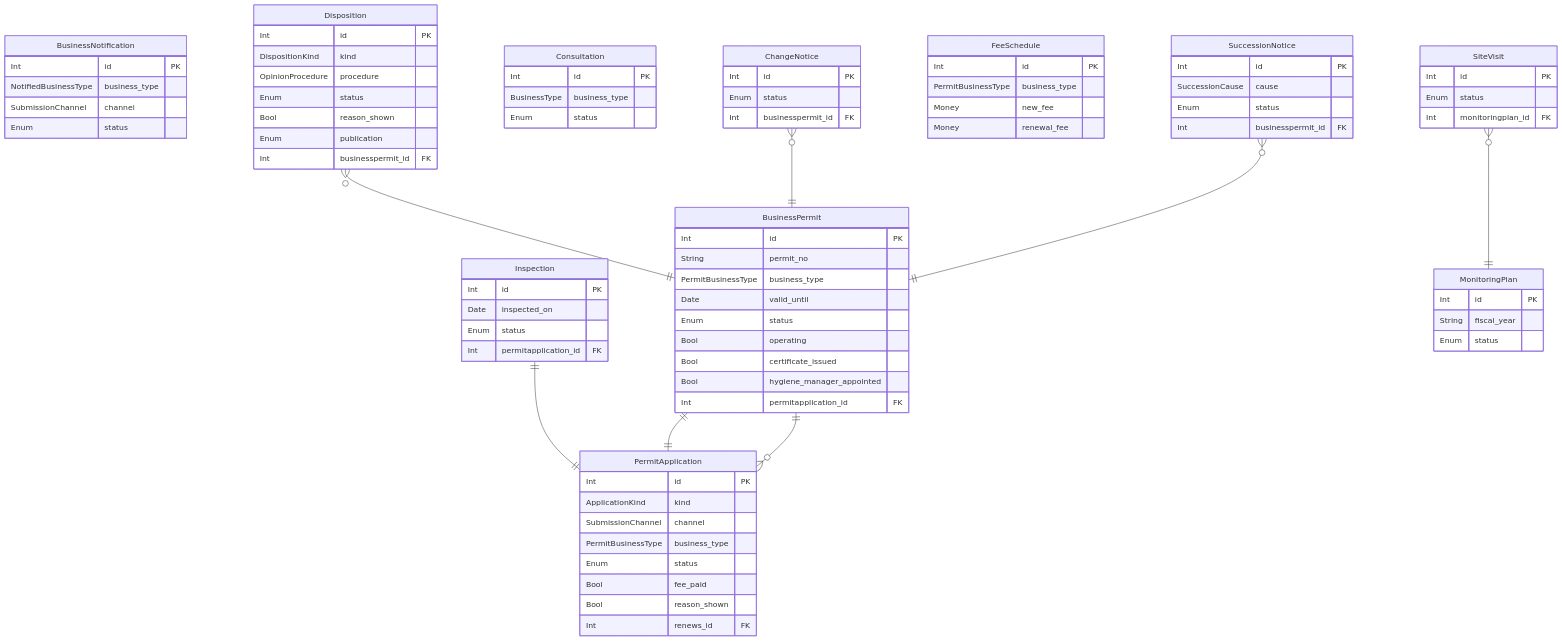
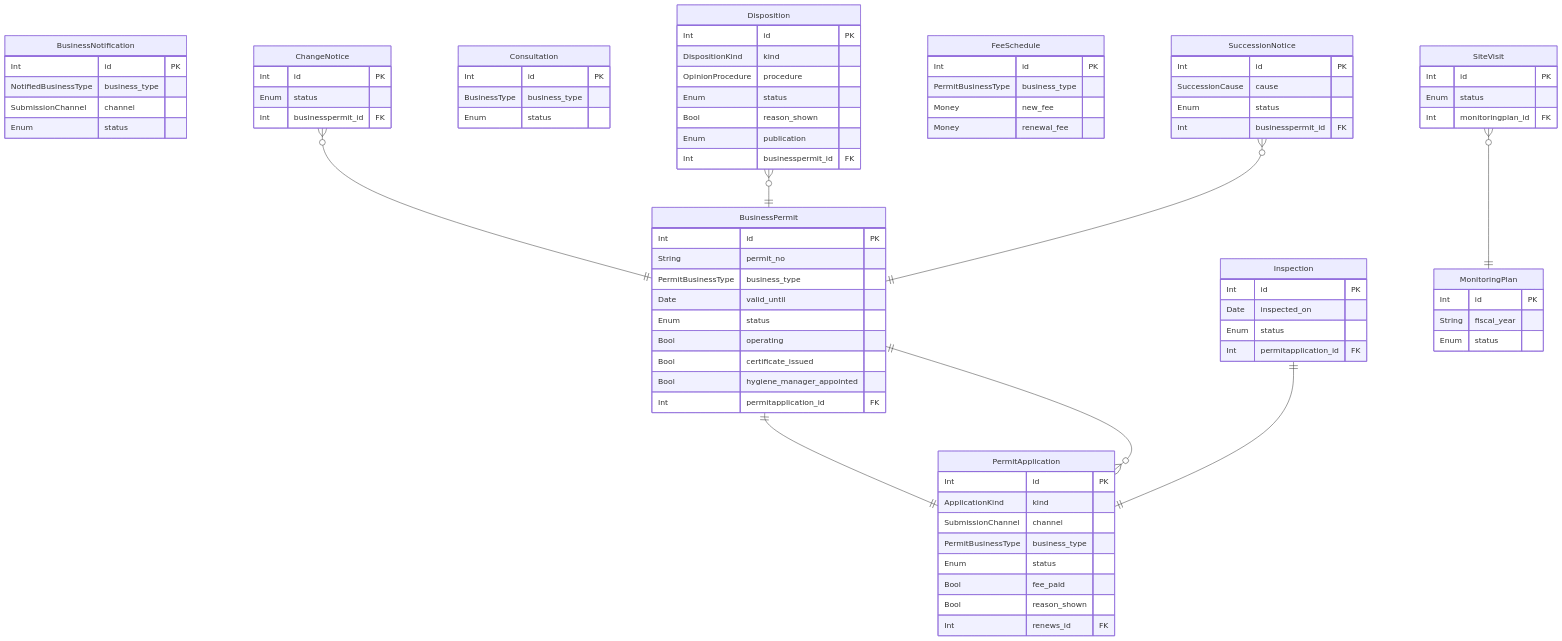
Before and after one commit to manji-0/rdra-ish-dsl: the diagram in samples/food-permit-ops/out/er.mmd, drawn with Mermaid. The commit also changed other lines of this file and 13 other files, not shown here.

First line of the commit message:
fix(er): order ER relations by the ids of the entities they join

```diff
--- a/samples/food-permit-ops/out/er.mmd
+++ b/samples/food-permit-ops/out/er.mmd
@@ -1,85 +1,85 @@
 %% rdra-ish diagram=er scope=whole model=samples/food-permit-ops
 %% kinds: entity
 %% omitted: (none)
 erDiagram
   BusinessNotification {
     Int id PK
     NotifiedBusinessType business_type
     SubmissionChannel channel
     Enum status
   }
   BusinessPermit {
     Int id PK
     String permit_no
     PermitBusinessType business_type
     Date valid_until
     Enum status
     Bool operating
     Bool certificate_issued
     Bool hygiene_manager_appointed
     Int permitapplication_id FK
   }
   ChangeNotice {
     Int id PK
     Enum status
     Int businesspermit_id FK
   }
   Consultation {
     Int id PK
     BusinessType business_type
     Enum status
   }
   Disposition {
     Int id PK
     DispositionKind kind
     OpinionProcedure procedure
     Enum status
     Bool reason_shown
     Enum publication
     Int businesspermit_id FK
   }
   FeeSchedule {
     Int id PK
     PermitBusinessType business_type
     Money new_fee
     Money renewal_fee
   }
   Inspection {
     Int id PK
     Date inspected_on
     Enum status
     Int permitapplication_id FK
   }
   MonitoringPlan {
     Int id PK
     String fiscal_year
     Enum status
   }
   PermitApplication {
     Int id PK
     ApplicationKind kind
     SubmissionChannel channel
     PermitBusinessType business_type
     Enum status
     Bool fee_paid
     Bool reason_shown
     Int renews_id FK
   }
   SiteVisit {
     Int id PK
     Enum status
     Int monitoringplan_id FK
   }
   SuccessionNotice {
     Int id PK
     SuccessionCause cause
     Enum status
     Int businesspermit_id FK
   }
-  SiteVisit }o--|| MonitoringPlan : ""
-  Disposition }o--|| BusinessPermit : ""
-  PermitApplication }o--|| BusinessPermit : ""
-  Inspection ||--|| PermitApplication : ""
   BusinessPermit ||--|| PermitApplication : ""
   ChangeNotice }o--|| BusinessPermit : ""
+  Disposition }o--|| BusinessPermit : ""
+  Inspection ||--|| PermitApplication : ""
+  PermitApplication }o--|| BusinessPermit : ""
+  SiteVisit }o--|| MonitoringPlan : ""
   SuccessionNotice }o--|| BusinessPermit : ""
```
